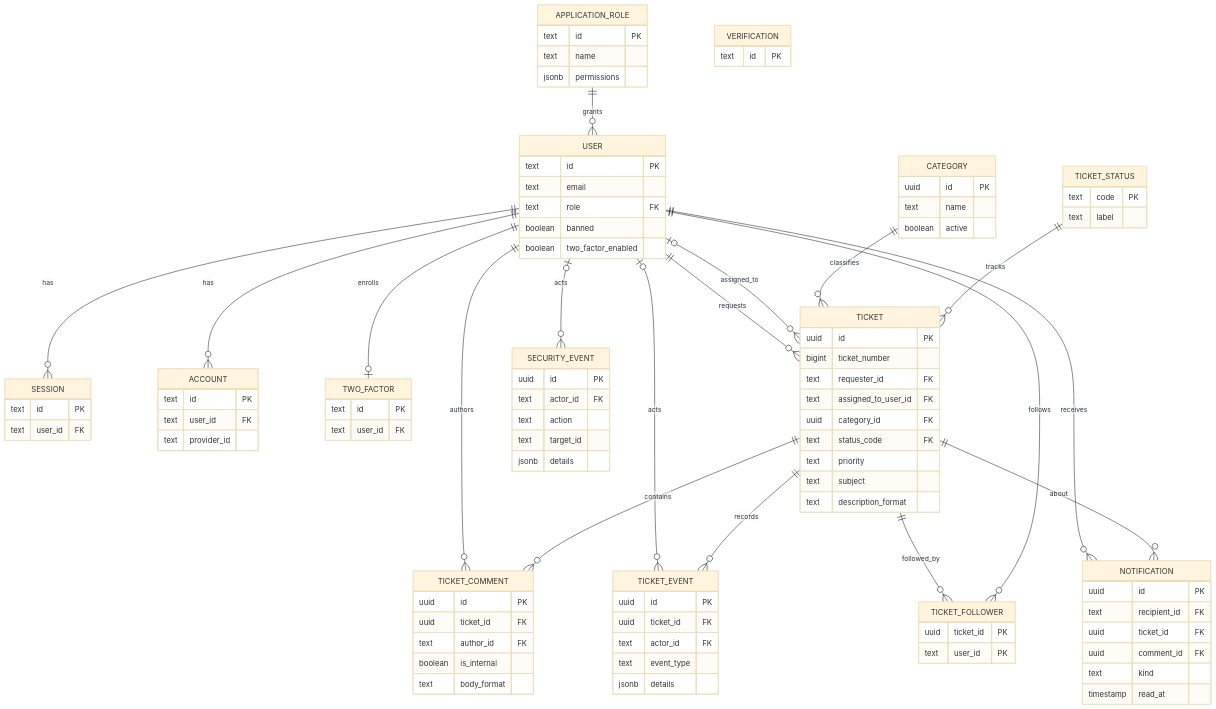
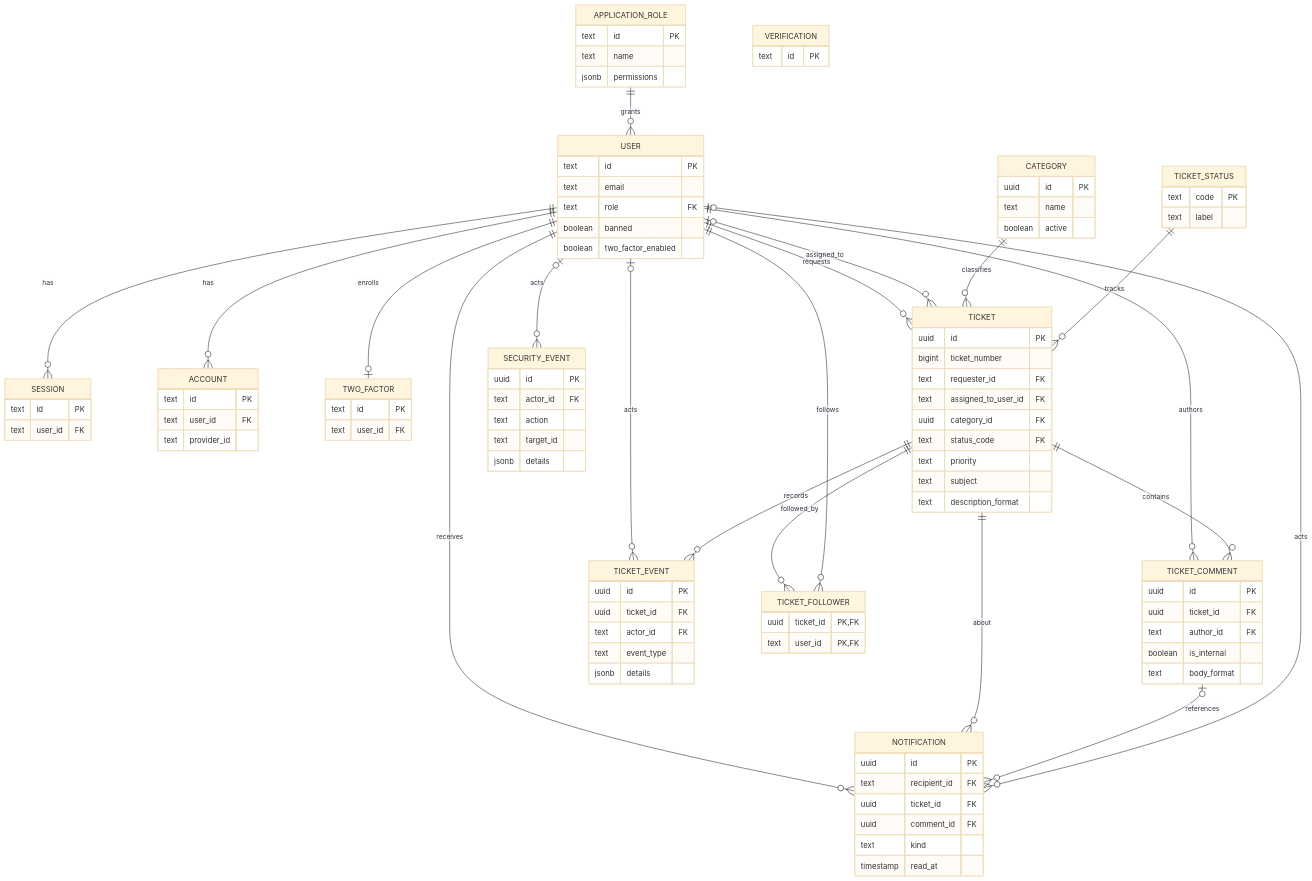
One commit to Mystery2099/capstone-ticket-system changed the diagram in docs/diagrams/entity-relationship.mmd. Above: the diagram before and after it, drawn with Mermaid (base theme). The commit also changed 93 other files, not shown here.

```diff
--- a/docs/diagrams/entity-relationship.mmd
+++ b/docs/diagrams/entity-relationship.mmd
@@ -1,99 +1,101 @@
 erDiagram
   APPLICATION_ROLE ||--o{ USER : grants
   USER ||--o{ SESSION : has
   USER ||--o{ ACCOUNT : has
   USER ||--o| TWO_FACTOR : enrolls
   USER ||--o{ TICKET : requests
   USER o|--o{ TICKET : assigned_to
   USER ||--o{ TICKET_COMMENT : authors
   USER o|--o{ TICKET_EVENT : acts
   USER o|--o{ SECURITY_EVENT : acts
   CATEGORY ||--o{ TICKET : classifies
   TICKET_STATUS ||--o{ TICKET : tracks
   TICKET ||--o{ TICKET_COMMENT : contains
   TICKET ||--o{ TICKET_EVENT : records
   TICKET ||--o{ TICKET_FOLLOWER : followed_by
   USER ||--o{ TICKET_FOLLOWER : follows
   USER ||--o{ NOTIFICATION : receives
   TICKET ||--o{ NOTIFICATION : about
+  TICKET_COMMENT o|--o{ NOTIFICATION : references
+  USER o|--o{ NOTIFICATION : acts
   APPLICATION_ROLE {
     text id PK
     text name
     jsonb permissions
   }
   USER {
     text id PK
     text email
     text role FK
     boolean banned
     boolean two_factor_enabled
   }
   SESSION {
     text id PK
     text user_id FK
   }
   ACCOUNT {
     text id PK
     text user_id FK
     text provider_id
   }
   TWO_FACTOR {
     text id PK
     text user_id FK
   }
   VERIFICATION {
     text id PK
   }
   CATEGORY {
     uuid id PK
     text name
     boolean active
   }
   TICKET_STATUS {
     text code PK
     text label
   }
   TICKET {
     uuid id PK
     bigint ticket_number
     text requester_id FK
     text assigned_to_user_id FK
     uuid category_id FK
     text status_code FK
     text priority
     text subject
     text description_format
   }
   TICKET_COMMENT {
     uuid id PK
     uuid ticket_id FK
     text author_id FK
     boolean is_internal
     text body_format
   }
   TICKET_EVENT {
     uuid id PK
     uuid ticket_id FK
     text actor_id FK
     text event_type
     jsonb details
   }
   SECURITY_EVENT {
     uuid id PK
     text actor_id FK
     text action
     text target_id
     jsonb details
   }
   TICKET_FOLLOWER {
-    uuid ticket_id PK
-    text user_id PK
+    uuid ticket_id PK, FK
+    text user_id PK, FK
   }
   NOTIFICATION {
     uuid id PK
     text recipient_id FK
     uuid ticket_id FK
     uuid comment_id FK
     text kind
     timestamp read_at
   }
```
